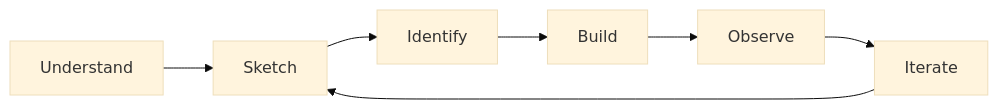
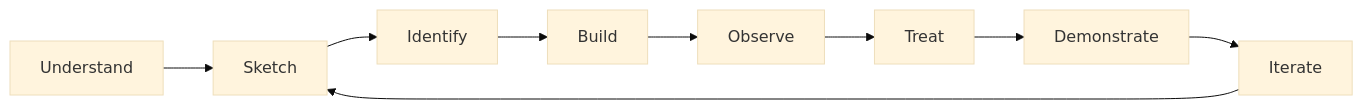
Before and after one commit to lxrider/saas-security-lab: the diagram in ROADMAP.md, drawn with Mermaid (base theme). The commit also changed other lines of this file and 41 other files, not shown here.

````diff
--- a/ROADMAP.md
+++ b/ROADMAP.md
@@ -11,9 +11,11 @@
 ```mermaid
 flowchart LR
     A["Understand"] --> B["Sketch"]
     B --> C["Identify"]
     C --> D["Build"]
     D --> E["Observe"]
-    E --> F["Iterate"]
-    F --> B
+    E --> F["Treat"]
+    F --> G["Demonstrate"]
+    G --> H["Iterate"]
+    H --> B
 ```
````
